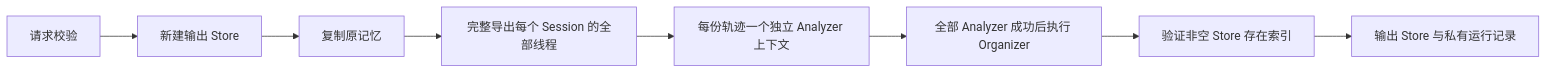
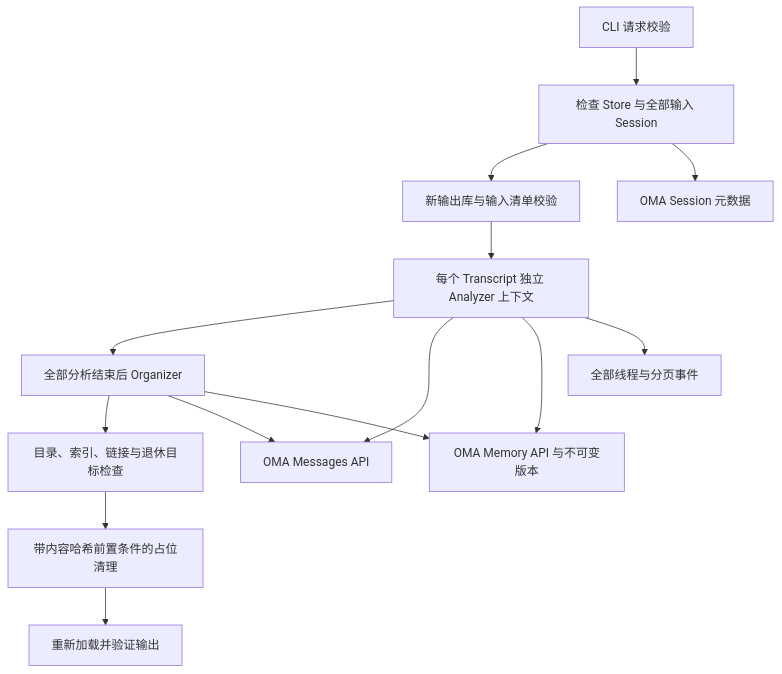
One commit to Postroggy/open-managed-agents changed the diagram in docs/design/be/dreaming.md. Above: the diagram before and after it, drawn with Mermaid. The commit also changed other lines of this file and 16 other files, not shown here.

````diff
--- a/docs/design/be/dreaming.md
+++ b/docs/design/be/dreaming.md
@@ -24,10 +22,16 @@
 ```mermaid
-flowchart LR
-  A[请求校验] --> B[新建输出 Store]
-  B --> C[复制原记忆]
-  C --> D[完整导出每个 Session 的全部线程]
-  D --> E[每份轨迹一个独立 Analyzer 上下文]
-  E --> F[全部 Analyzer 成功后执行 Organizer]
-  F --> G[验证非空 Store 存在索引]
-  G --> H[输出 Store 与私有运行记录]
+flowchart TD
+    Request[CLI 请求校验] --> Check[检查 Store 与全部输入 Session]
+    Check --> Copy[新输出库与输入清单校验]
+    Copy --> Analyze[每个 Transcript 独立 Analyzer 上下文]
+    Analyze --> Organize[全部分析结束后 Organizer]
+    Organize --> Validate[目录、索引、链接与退休目标检查]
+    Validate --> Cleanup[带内容哈希前置条件的占位清理]
+    Cleanup --> Final[重新加载并验证输出]
+    Analyze --> Messages[OMA Messages API]
+    Organize --> Messages
+    Analyze --> Memory[OMA Memory API 与不可变版本]
+    Organize --> Memory
+    Check --> Sessions[OMA Session 元数据]
+    Analyze --> History[全部线程与分页事件]
 ```
````
